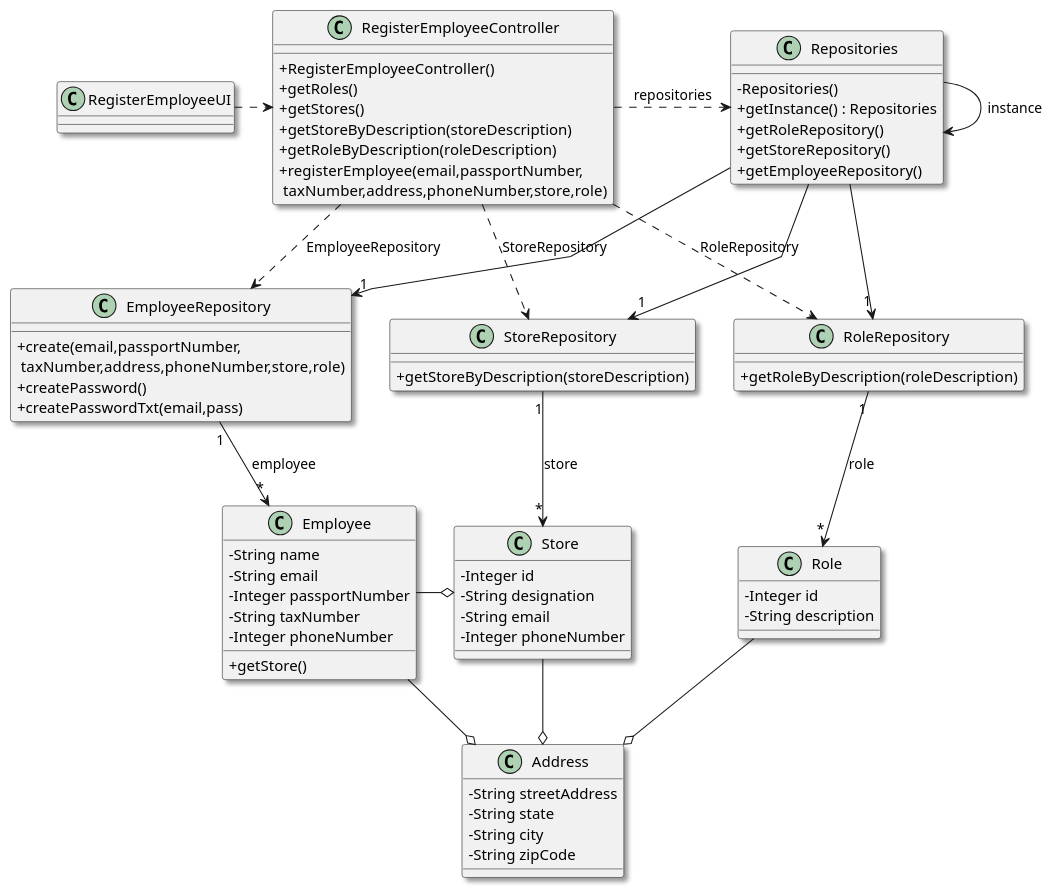
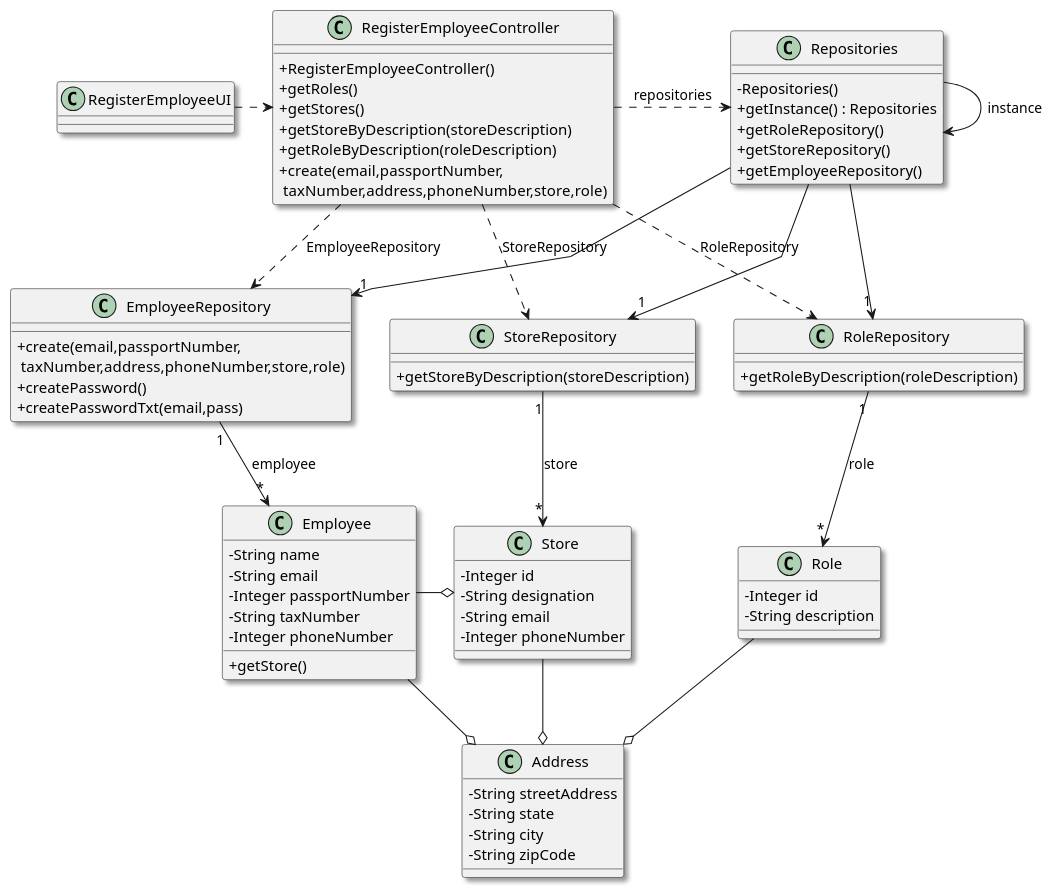
One commit to Shushizinho/RealEstateUSASystem changed the diagram in docs/sprintD/us003/03.design/puml/us003-class-diagram.puml. Above: the diagram before and after it, drawn with PlantUML. The commit also changed 10 other files, not shown here.

Commit message:
update US3 UI, Controller and SD (As a system administrator, I want to register a new employee.)

```diff
--- a/docs/sprintD/us003/03.design/puml/us003-class-diagram.puml
+++ b/docs/sprintD/us003/03.design/puml/us003-class-diagram.puml
@@ -1,124 +1,124 @@
                                                                                                                                                                                 @startuml
 'skinparam monochrome true
 skinparam packageStyle rectangle
 skinparam shadowing true
 skinparam linetype polyline
 'skinparam linetype orto
 'left to right direction
 
 skinparam classAttributeIconSize 0
 
 
 'class UserSession
 '{
 '    + getUserEmail()
 '}
 
 
 class Store {
     - Integer id
     - String designation
     - String email
     - Integer phoneNumber
 }
 
 class Employee {
     - String name
     - String email
     - Integer passportNumber
     - String taxNumber
     - Integer phoneNumber
     + getStore()
 }
 
 class Address{
      - String streetAddress
      - String state
      - String city
      - String zipCode
 }
 
 
 
 class StoreRepository {
     + getStoreByDescription(storeDescription)
 }
 
 class Role{
     - Integer id
     - String description
 }
 
 class RoleRepository {
     + getRoleByDescription(roleDescription)
 }
 
 class EmployeeRepository {
      + create(email,passportNumber,\n taxNumber,address,phoneNumber,store,role)
      + createPassword()
      + createPasswordTxt(email,pass)
 }
 
 class Repositories {
     - Repositories()
     + getInstance() : Repositories
     + getRoleRepository()
     + getStoreRepository()
     + getEmployeeRepository()
 }
 
 class RegisterEmployeeController {
     + RegisterEmployeeController()
     + getRoles()
     + getStores()
     + getStoreByDescription(storeDescription)
     + getRoleByDescription(roleDescription)
-    + registerEmployee(email,passportNumber,\n taxNumber,address,phoneNumber,store,role)
+    + create(email,passportNumber,\n taxNumber,address,phoneNumber,store,role)
 }
 
 
 
 'note right of RegisterEmployeeController
 '    - userEmail is obtained
 '    from the user session
 '    - categoryDescription
 '    is retrieved from selected data
 'end note
 '
 'note bottom of StoreRepository
 '    - used for displaying
 '    the category list
 'end note
 
 class RegisterEmployeeUI {
 }
 
 Repositories -> Repositories : instance
 
 RegisterEmployeeUI .> RegisterEmployeeController
 
 RegisterEmployeeController .> Repositories : repositories
 
 Repositories -> "1" StoreRepository
 Repositories -> "1" EmployeeRepository
 
 'RegisterEmployeeController ..> Store
 RegisterEmployeeController ..> EmployeeRepository : EmployeeRepository
 RegisterEmployeeController ..> RoleRepository : RoleRepository
 RegisterEmployeeController ..> StoreRepository : StoreRepository
 
 Repositories --> "1" RoleRepository
 
 StoreRepository "1" --> "*" Store : store
 RoleRepository "1" --> "*" Role : role
 EmployeeRepository "1" --> "*" Employee : employee
 
 
 Employee -o Store
 Employee -o Address
 Store --o Address
 Role --o Address
 
 
 
 @enduml
```
